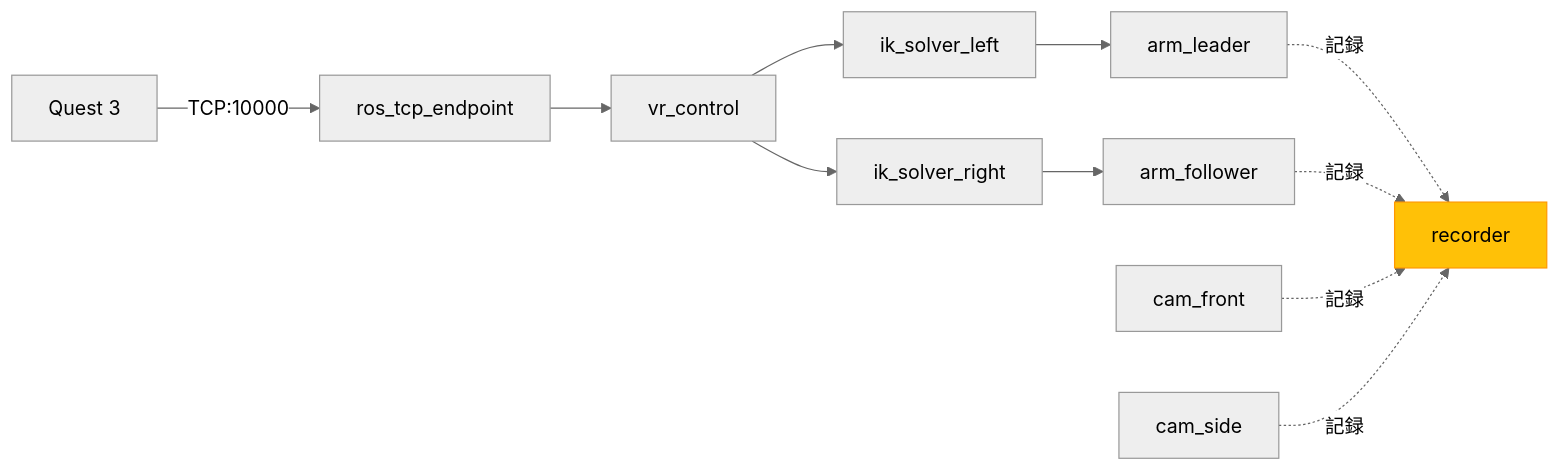
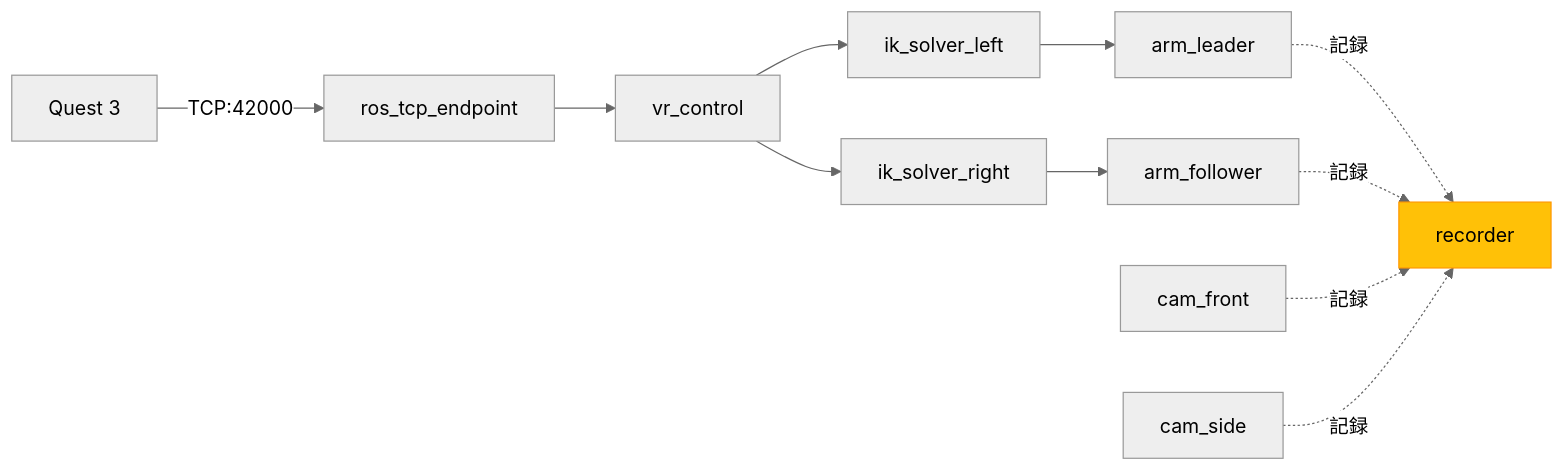
Before and after one commit to takatronix/vlabor_ros2: the second of 9 diagrams in docs/調整中/system_overview.md, drawn with Mermaid (neutral theme). The commit also changed other lines of this file and 14 other files, not shown here.

````diff
--- a/docs/調整中/system_overview.md
+++ b/docs/調整中/system_overview.md
@@ -104,25 +104,25 @@
 ```mermaid
 flowchart LR
     Quest3["Quest 3"]
     TCP["ros_tcp_endpoint"]
     VR["vr_control"]
     IKL["ik_solver_left"]
     IKR["ik_solver_right"]
     Leader["arm_leader"]
     Follower["arm_follower"]
     USB["cam_front"]
     RS["cam_side"]
     Rec["recorder"]
 
-    Quest3 -->|TCP:10000| TCP
+    Quest3 -->|TCP:42000| TCP
     TCP --> VR
     VR --> IKL --> Leader
     VR --> IKR --> Follower
 
     Leader -.->|記録| Rec
     Follower -.->|記録| Rec
     USB -.->|記録| Rec
     RS -.->|記録| Rec
 
     style Rec fill:#ffc107,stroke:#ff9800
 ```
````
